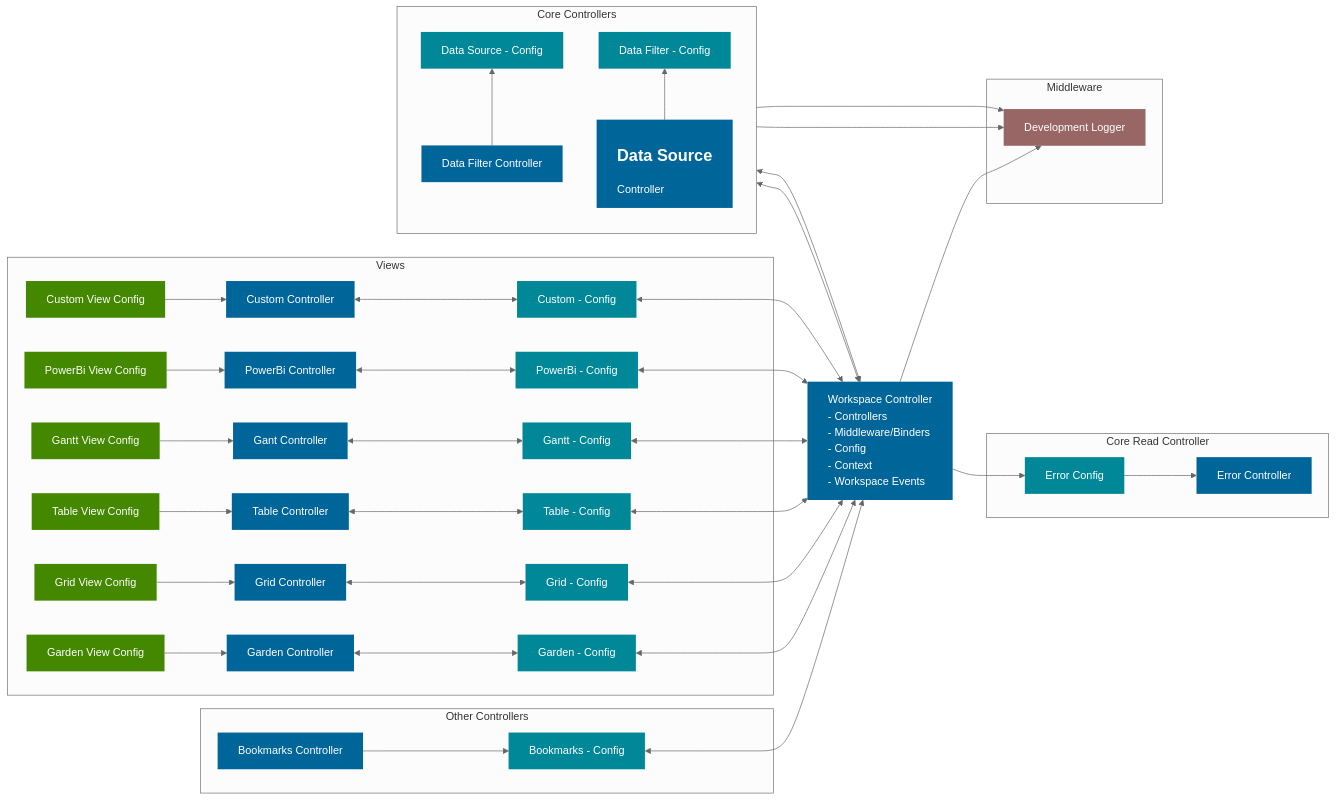
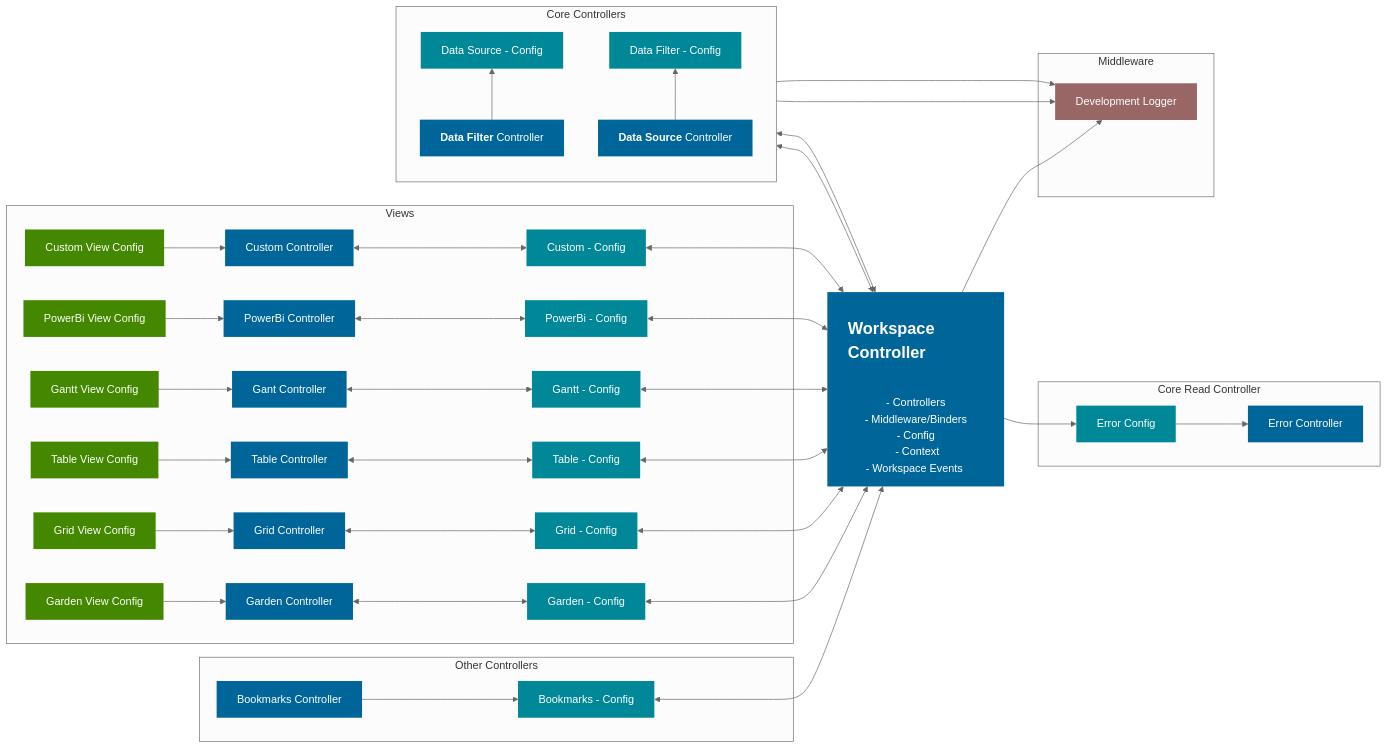
One commit to equinor/fusion-workspace changed the diagram in documentation/WorkspaceController.md. Above: the diagram before and after it, drawn with Mermaid (neutral theme).

Commit message:
[doc] - styles update

```diff
--- a/documentation/WorkspaceController.md
+++ b/documentation/WorkspaceController.md
@@ -26,9 +26,9 @@
     classDef viewConfig fill:#448800,stroke:none
     classDef middleware fill:#996666,stroke:none
 
-    wc[<h>Workspace Controller</h2><span><br> - Controllers <br> - Middleware/Binders <br> - Config <br> - Context<br>- Workspace Events </span>]:::controller
-    wsDataSource[<h2>Data Source</h2> <p> Controller]:::controller
-    wsFilter[Data Filter Controller]:::controller
+    wc[<h2>Workspace Controller</h2><span><br> - Controllers <br> - Middleware/Binders <br> - Config <br> - Context<br>- Workspace Events </span>]:::controller
+    wsDataSource[<b>Data Source</b> Controller]:::controller
+    wsFilter[<b>Data Filter</b> Controller]:::controller
     wsBookmarks[Bookmarks Controller]:::controller
 
     wsFilterConfig[Data Source - Config]:::config
```
